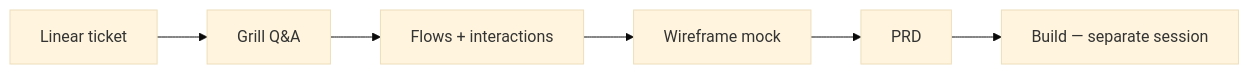
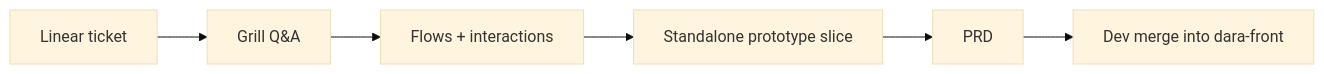
One commit to gavrizz/prd-tests changed the diagram in README.md. Above: the diagram before and after it, drawn with Mermaid (base theme). The commit also changed other lines of this file and 1 other file, not shown here.

First line of the commit message:
Document standalone prototype slices per feature for prd-tests.

````diff
--- a/README.md
+++ b/README.md
@@ -262,8 +305,8 @@
 ```mermaid
 flowchart LR
     A[Linear ticket] --> B[Grill Q&A]
     B --> C[Flows + interactions]
-    C --> D[Wireframe mock]
+    C --> D[Standalone prototype slice]
     D --> E[PRD]
-    E --> F[Build — separate session]
+    E --> F[Dev merge into dara-front]
 ```
````
